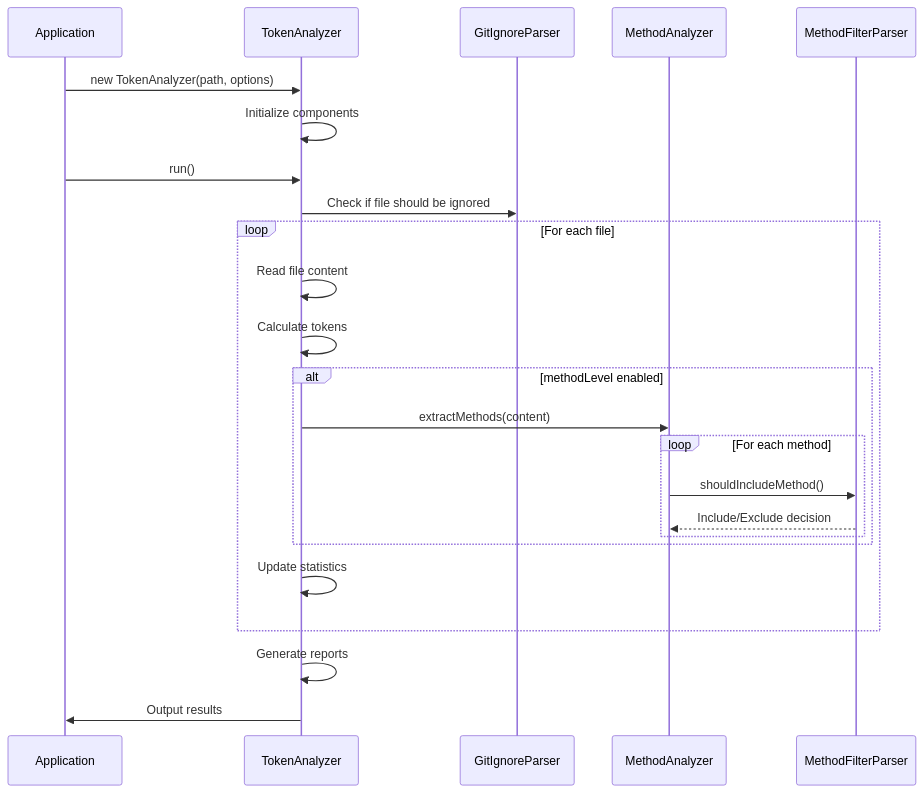
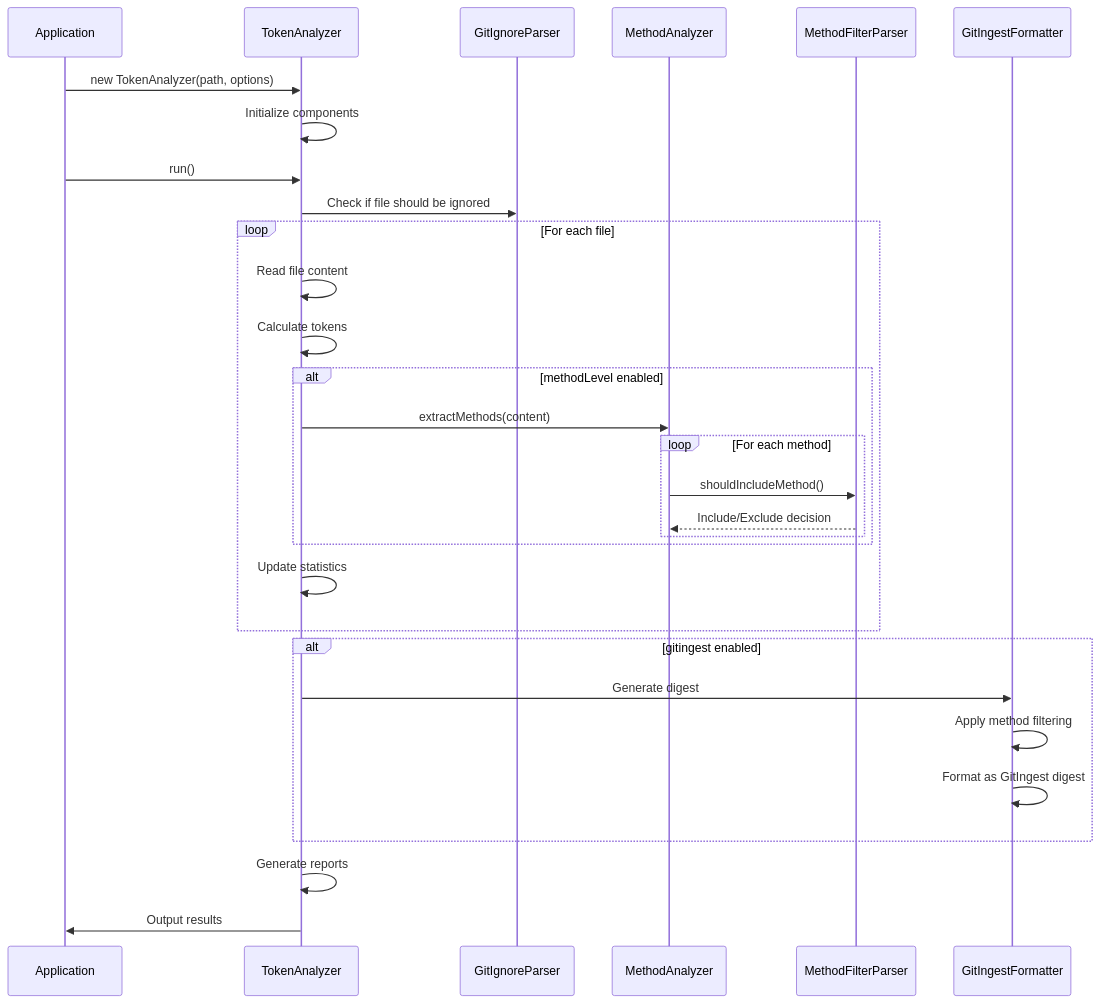
Before and after one commit to hakkisagdic/context-manager: the second of 2 diagrams in docs/content-en/Programmatic API.md, drawn with Mermaid. The commit also changed other lines of this file and 51 other files, not shown here.

````diff
--- a/docs/content-en/Programmatic API.md
+++ b/docs/content-en/Programmatic API.md
@@ -101,26 +128,32 @@
 ```mermaid
 sequenceDiagram
 participant Application
 participant TokenAnalyzer
 participant GitIgnoreParser
 participant MethodAnalyzer
 participant MethodFilterParser
+participant GitIngestFormatter
 Application->>TokenAnalyzer : new TokenAnalyzer(path, options)
 TokenAnalyzer->>TokenAnalyzer : Initialize components
 Application->>TokenAnalyzer : run()
 TokenAnalyzer->>GitIgnoreParser : Check if file should be ignored
 loop For each file
 TokenAnalyzer->>TokenAnalyzer : Read file content
 TokenAnalyzer->>TokenAnalyzer : Calculate tokens
 alt methodLevel enabled
 TokenAnalyzer->>MethodAnalyzer : extractMethods(content)
 loop For each method
 MethodAnalyzer->>MethodFilterParser : shouldIncludeMethod()
 MethodFilterParser-->>MethodAnalyzer : Include/Exclude decision
 end
 end
 TokenAnalyzer->>TokenAnalyzer : Update statistics
 end
+alt gitingest enabled
+TokenAnalyzer->>GitIngestFormatter : Generate digest
+GitIngestFormatter->>GitIngestFormatter : Apply method filtering
+GitIngestFormatter->>GitIngestFormatter : Format as GitIngest digest
+end
 TokenAnalyzer->>TokenAnalyzer : Generate reports
 TokenAnalyzer->>Application : Output results
 ```
````
